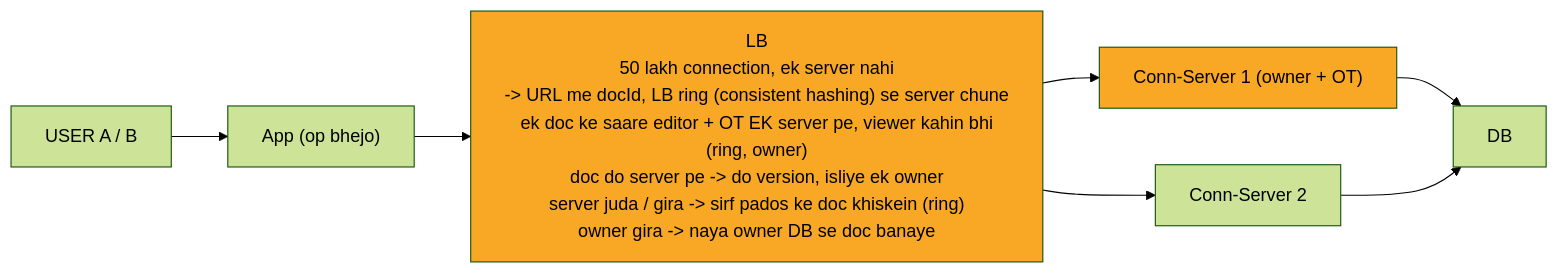
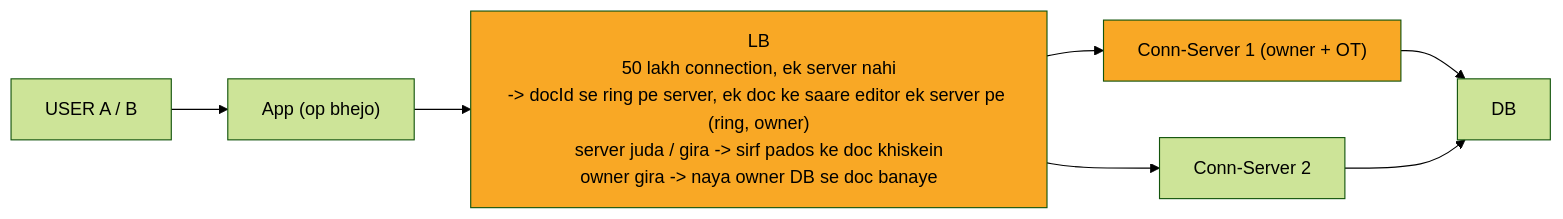
Before and after one commit to ArpanMaheshwari144/Prep: the diagram in 04_HLD/SYSTEM_DESIGNS/11_google_docs_collab/img/c4.mmd, drawn with Mermaid (forest theme). The commit also changed 36 other files, not shown here.

```diff
--- a/04_HLD/SYSTEM_DESIGNS/11_google_docs_collab/img/c4.mmd
+++ b/04_HLD/SYSTEM_DESIGNS/11_google_docs_collab/img/c4.mmd
@@ -1,16 +1,16 @@
 %%{init: {"flowchart": {"wrappingWidth": 450}}}%%
 flowchart LR
     n_USER["USER A / B"]
     n_App["App (op bhejo)"]
-    n_LB["LB<br/>50 lakh connection, ek server nahi<br/>-> URL me docId, LB ring (consistent hashing) se server chune<br/>ek doc ke saare editor + OT EK server pe, viewer kahin bhi<br/>(ring, owner)<br/>doc do server pe -> do version, isliye ek owner<br/>server juda / gira -> sirf pados ke doc khiskein (ring)<br/>owner gira -> naya owner DB se doc banaye"]
+    n_LB["LB<br/>50 lakh connection, ek server nahi<br/>-> docId se ring pe server, ek doc ke saare editor ek server pe (ring, owner)<br/>server juda / gira -> sirf pados ke doc khiskein<br/>owner gira -> naya owner DB se doc banaye"]
     n_CS1["Conn-Server 1 (owner + OT)"]
     n_CS2["Conn-Server 2"]
     n_DB["DB"]
     n_USER --> n_App
     n_App --> n_LB
     n_LB --> n_CS1
     n_LB --> n_CS2
     n_CS1 --> n_DB
     n_CS2 --> n_DB
     style n_LB fill:#f9a825,color:#000
     style n_CS1 fill:#f9a825,color:#000
```
